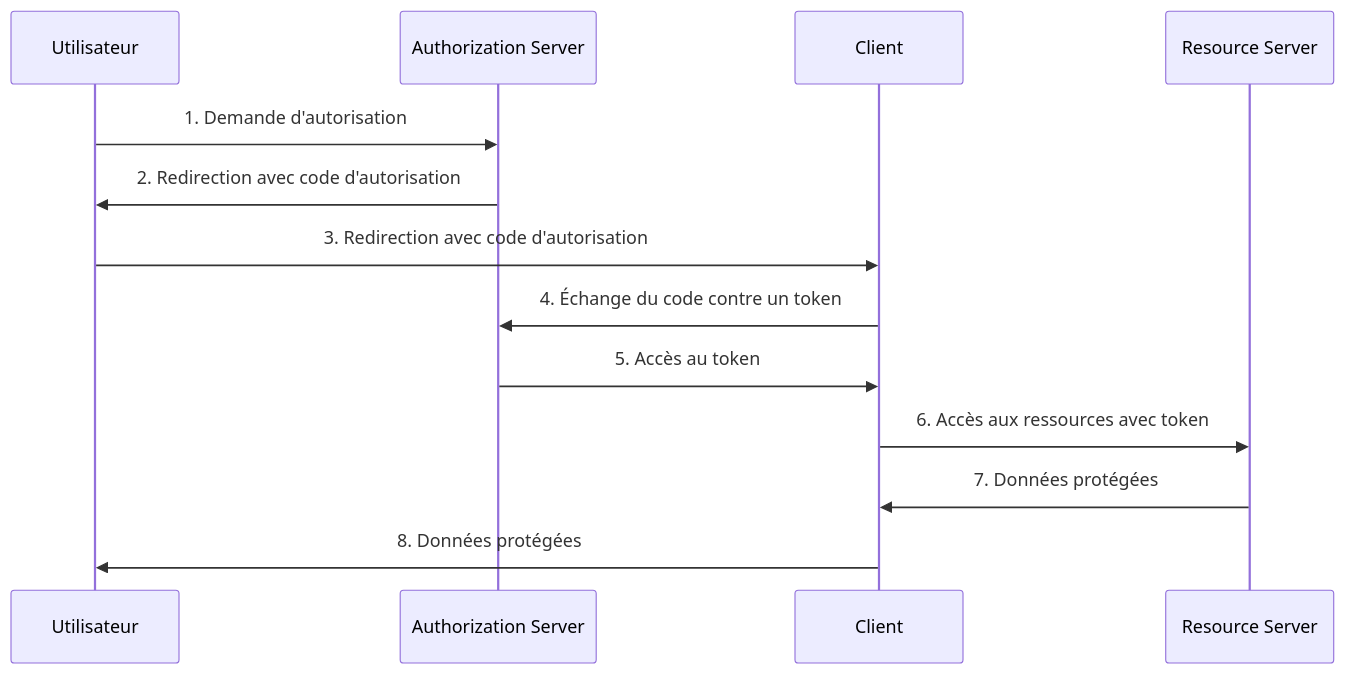
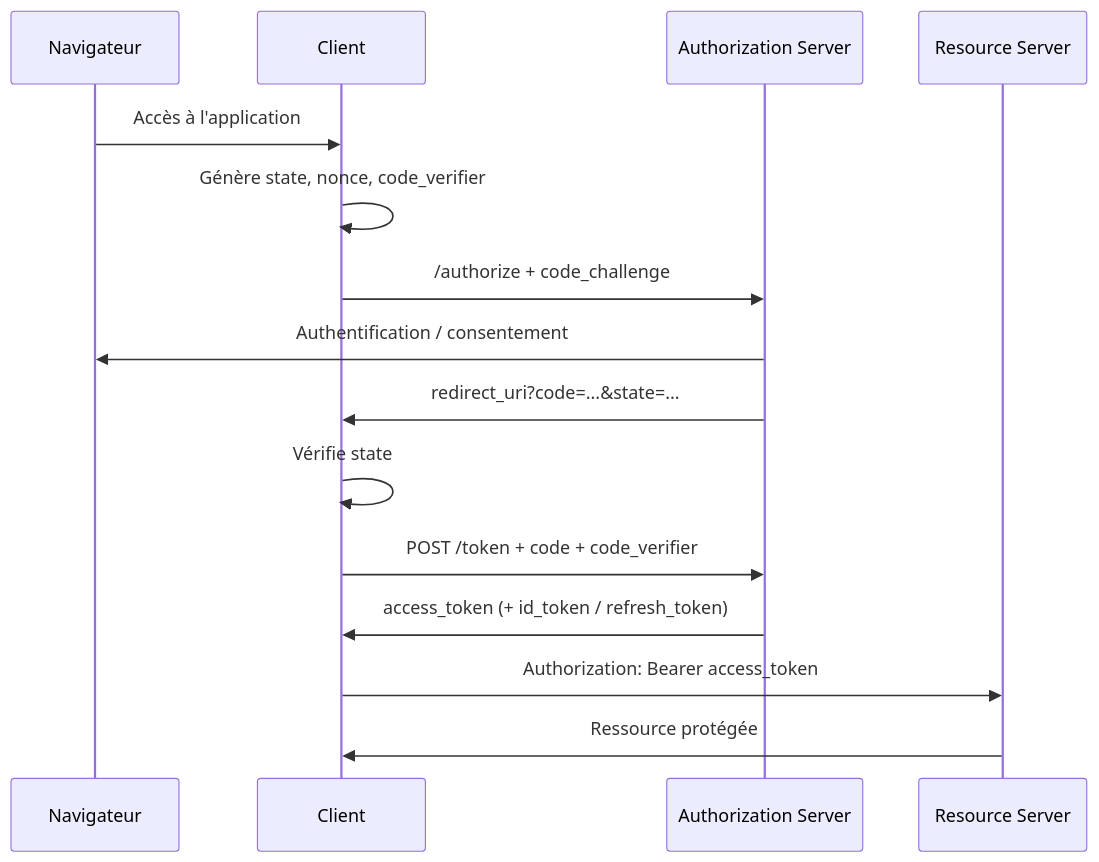
The first of 3 diagrams in cours/OAuth OpenID.md (michaellaunay/NotesPubliques), drawn with Mermaid before and after one commit. The commit also changed other lines of this file and 12 other files, not shown here.

````diff
--- a/cours/OAuth OpenID.md
+++ b/cours/OAuth OpenID.md
@@ -116,17 +332,18 @@
 ```mermaid
 sequenceDiagram
-    participant U as Utilisateur
-    participant A as Authorization Server
+    participant U as Navigateur
     participant C as Client
+    participant AS as Authorization Server
     participant RS as Resource Server
 
-    U->>A: 1. Demande d'autorisation
-    A->>U: 2. Redirection avec code d'autorisation
-    U->>C: 3. Redirection avec code d'autorisation
-    C->>A: 4. Échange du code contre un token
-    A->>C: 5. Accès au token
-    C->>RS: 6. Accès aux ressources avec token
-    RS->>C: 7. Données protégées
-    C->>U: 8. Données protégées
-
+    U->>C: Accès à l'application
+    C->>C: Génère state, nonce, code_verifier
+    C->>AS: /authorize + code_challenge
+    AS->>U: Authentification / consentement
+    AS->>C: redirect_uri?code=...&state=...
+    C->>C: Vérifie state
+    C->>AS: POST /token + code + code_verifier
+    AS->>C: access_token (+ id_token / refresh_token)
+    C->>RS: Authorization: Bearer access_token
+    RS->>C: Ressource protégée
 ```
````
